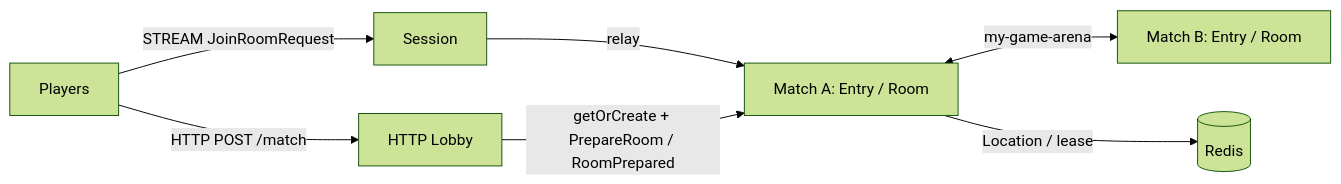
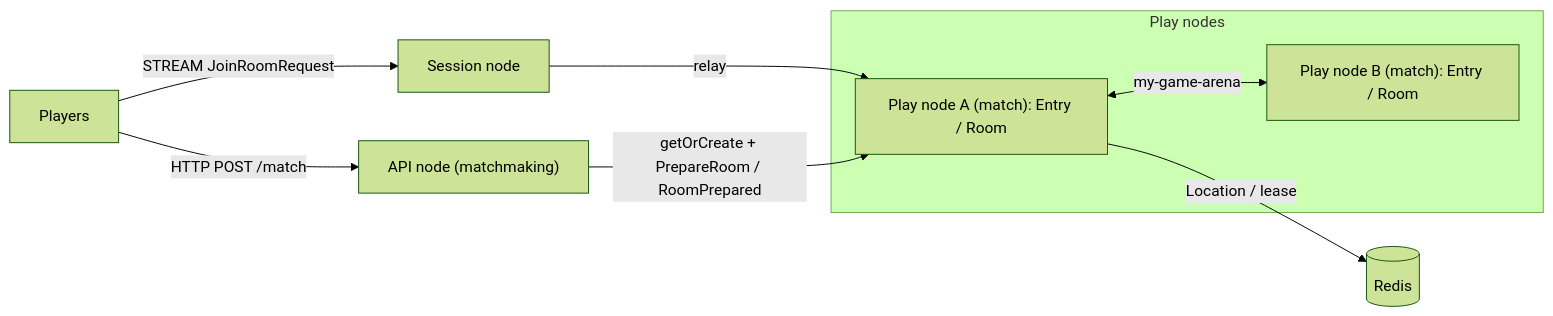
The diagram in framework/languages/node/templates/fps-http-lobby/my-game/README.md (zlink-systems/zlink), drawn with Mermaid (forest theme) before and after one commit. The commit also changed other lines of this file and 223 other files, not shown here.

First line of the commit message:
docs(templates): 모든 템플릿의 노드 이름을 Session node · Play node · API node로 (#5350)

````diff
--- a/framework/languages/node/templates/fps-http-lobby/my-game/README.md
+++ b/framework/languages/node/templates/fps-http-lobby/my-game/README.md
@@ -5,9 +5,13 @@
 ```mermaid
 flowchart LR
-  players[Players] -->|HTTP POST /match| lobby[HTTP Lobby]
-  players -->|STREAM JoinRoomRequest| session[Session]
-  session -->|relay| matchA[Match A: Entry / Room]
-  matchA <-->|my-game-arena| matchB[Match B: Entry / Room]
+  subgraph playNodes["Play nodes"]
+    matchA["Play node A (match): Entry / Room"]
+    matchB["Play node B (match): Entry / Room"]
+  end
+  players[Players] -->|STREAM JoinRoomRequest| session["Session node"]
+  session -->|relay| matchA
+  matchA <-->|my-game-arena| matchB
   lobby -->|getOrCreate + PrepareRoom / RoomPrepared| matchA
   matchA -->|Location / lease| location[(Redis)]
+  players -->|HTTP POST /match| lobby["API node (matchmaking)"]
 ```
````
